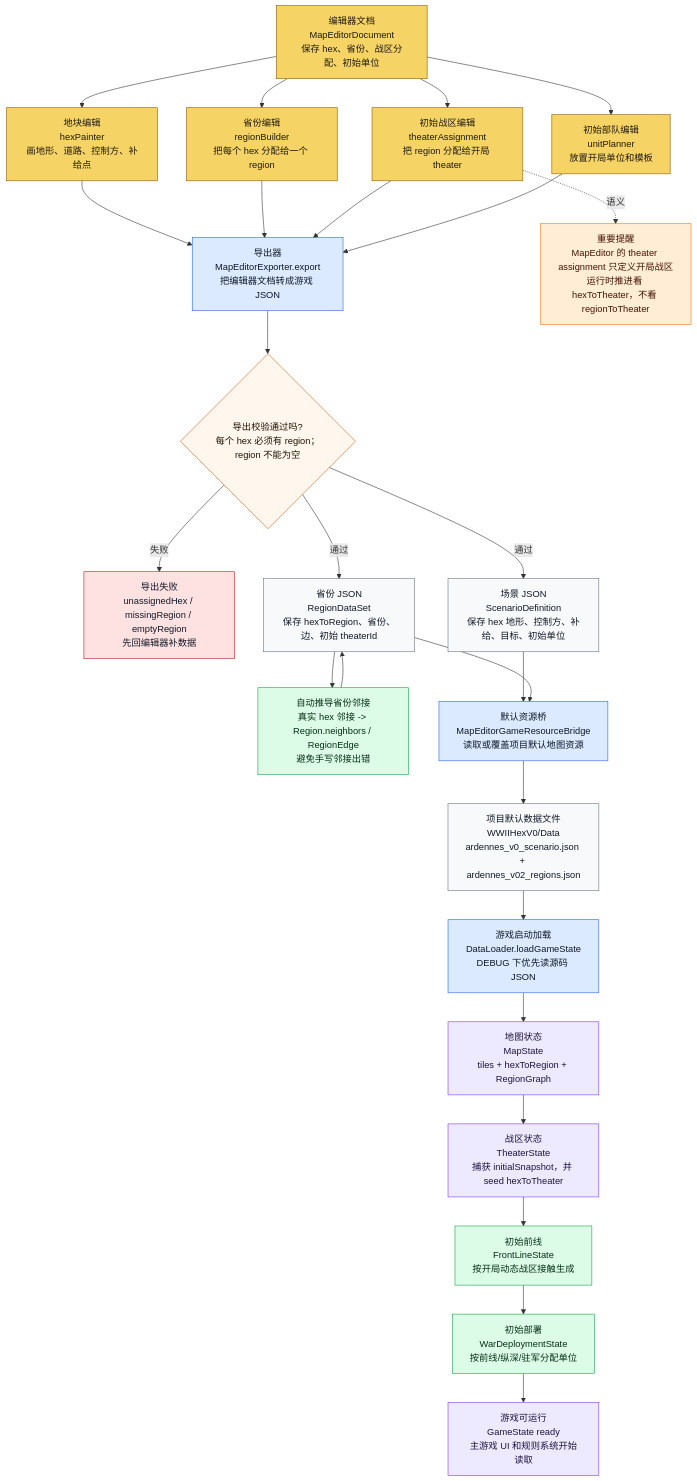
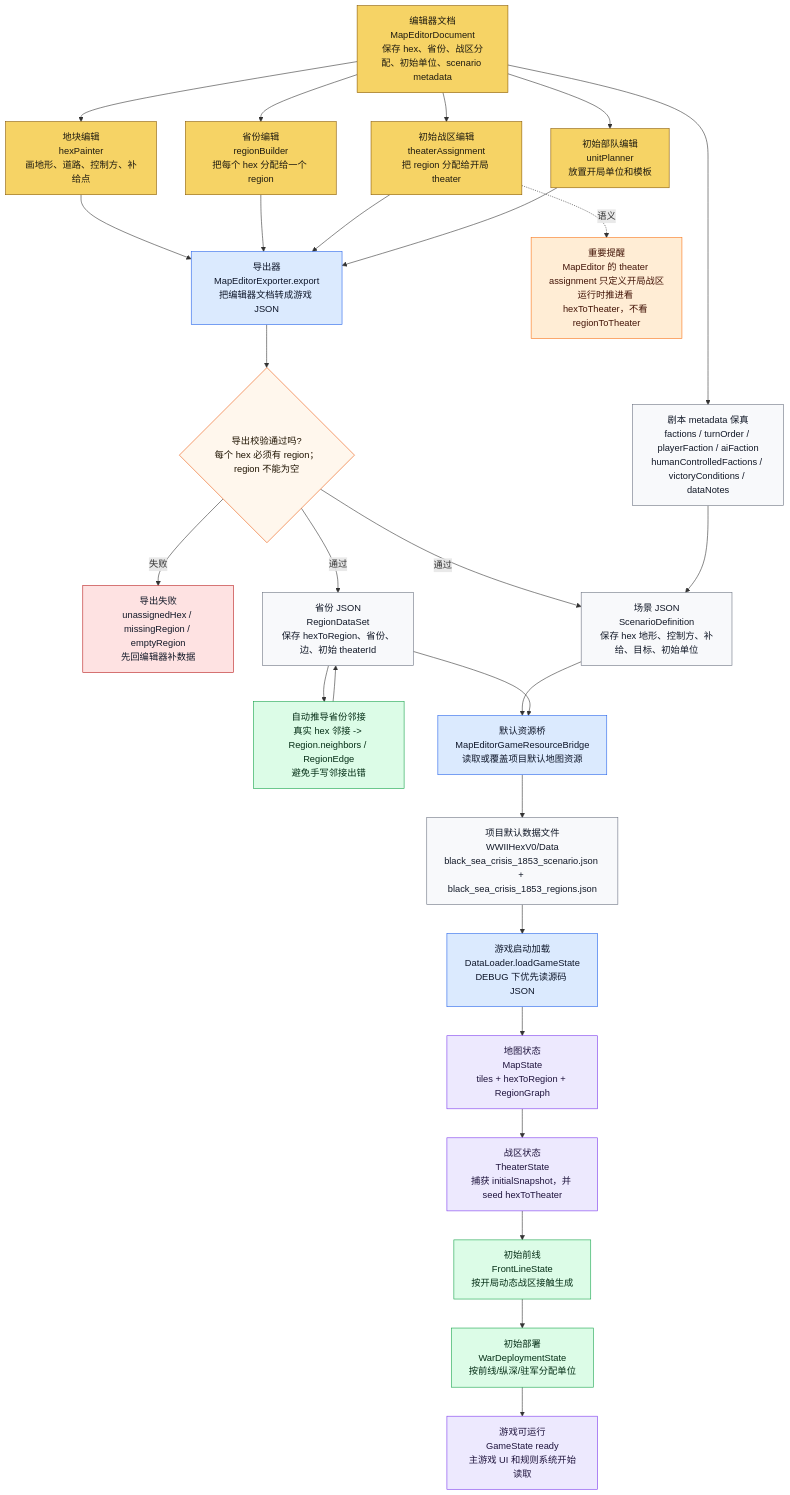
The sixth of 9 diagrams in md/flow/flowchart.md (Altman-sam114/126), drawn with Mermaid before and after one commit. The commit also changed 6 other files, not shown here.

Commit message:
fix(mapeditor): preserve scenario metadata

````diff
--- a/md/flow/flowchart.md
+++ b/md/flow/flowchart.md
@@ -336,48 +336,50 @@
 ```mermaid
 flowchart TD
-    DOC["编辑器文档<br/>MapEditorDocument<br/>保存 hex、省份、战区分配、初始单位"]:::editor
+    DOC["编辑器文档<br/>MapEditorDocument<br/>保存 hex、省份、战区分配、初始单位、scenario metadata"]:::editor
     MODE1["地块编辑<br/>hexPainter<br/>画地形、道路、控制方、补给点"]:::editor
     MODE2["省份编辑<br/>regionBuilder<br/>把每个 hex 分配给一个 region"]:::editor
     MODE3["初始战区编辑<br/>theaterAssignment<br/>把 region 分配给开局 theater"]:::editor
     MODE4["初始部队编辑<br/>unitPlanner<br/>放置开局单位和模板"]:::editor
     EXPORT["导出器<br/>MapEditorExporter.export<br/>把编辑器文档转成游戏 JSON"]:::loader
     CHECK{"导出校验通过吗?<br/>每个 hex 必须有 region；region 不能为空"}:::decision
     ERR["导出失败<br/>unassignedHex / missingRegion / emptyRegion<br/>先回编辑器补数据"]:::stop
     SCEN["场景 JSON<br/>ScenarioDefinition<br/>保存 hex 地形、控制方、补给、目标、初始单位"]:::data
+    META["剧本 metadata 保真<br/>factions / turnOrder / playerFaction / aiFaction<br/>humanControlledFactions / victoryConditions / dataNotes"]:::data
     REG["省份 JSON<br/>RegionDataSet<br/>保存 hexToRegion、省份、边、初始 theaterId"]:::data
     NEI["自动推导省份邻接<br/>真实 hex 邻接 -> Region.neighbors / RegionEdge<br/>避免手写邻接出错"]:::derived
     BRIDGE["默认资源桥<br/>MapEditorGameResourceBridge<br/>读取或覆盖项目默认地图资源"]:::loader
-    FILES["项目默认数据文件<br/>WWIIHexV0/Data<br/>ardennes_v0_scenario.json + ardennes_v02_regions.json"]:::data
+    FILES["项目默认数据文件<br/>WWIIHexV0/Data<br/>black_sea_crisis_1853_scenario.json + black_sea_crisis_1853_regions.json"]:::data
     LOAD["游戏启动加载<br/>DataLoader.loadGameState<br/>DEBUG 下优先读源码 JSON"]:::loader
     MAP["地图状态<br/>MapState<br/>tiles + hexToRegion + RegionGraph"]:::state
     THEATER["战区状态<br/>TheaterState<br/>捕获 initialSnapshot，并 seed hexToTheater"]:::state
     FRONT["初始前线<br/>FrontLineState<br/>按开局动态战区接触生成"]:::derived
     DEPLOY["初始部署<br/>WarDeploymentState<br/>按前线/纵深/驻军分配单位"]:::derived
     GAME["游戏可运行<br/>GameState ready<br/>主游戏 UI 和规则系统开始读取"]:::state
 
     DOC --> MODE1 --> EXPORT
     DOC --> MODE2 --> EXPORT
     DOC --> MODE3 --> EXPORT
     DOC --> MODE4 --> EXPORT
     EXPORT --> CHECK
     CHECK -->|失败| ERR
     CHECK -->|通过| SCEN
+    DOC --> META --> SCEN
     CHECK -->|通过| REG
     REG --> NEI --> REG
     SCEN --> BRIDGE
     REG --> BRIDGE
     BRIDGE --> FILES
     FILES --> LOAD --> MAP --> THEATER --> FRONT --> DEPLOY --> GAME
 
     NOTE["重要提醒<br/>MapEditor 的 theater assignment 只定义开局战区<br/>运行时推进看 hexToTheater，不看 regionToTheater"]:::warn
     MODE3 -.语义.-> NOTE
 
     classDef editor fill:#f6d365,stroke:#8a5a00,color:#1f1b10
     classDef loader fill:#dbeafe,stroke:#2563eb,color:#0f172a
     classDef decision fill:#fff7ed,stroke:#ea580c,color:#1f1300
     classDef stop fill:#fee2e2,stroke:#b91c1c,color:#111827
     classDef data fill:#f8f9fb,stroke:#6b7280,color:#111827
     classDef derived fill:#dcfce7,stroke:#16a34a,color:#052e16
     classDef state fill:#ede9fe,stroke:#7c3aed,color:#1f143d
     classDef warn fill:#ffedd5,stroke:#f97316,color:#431407
 ```
````
